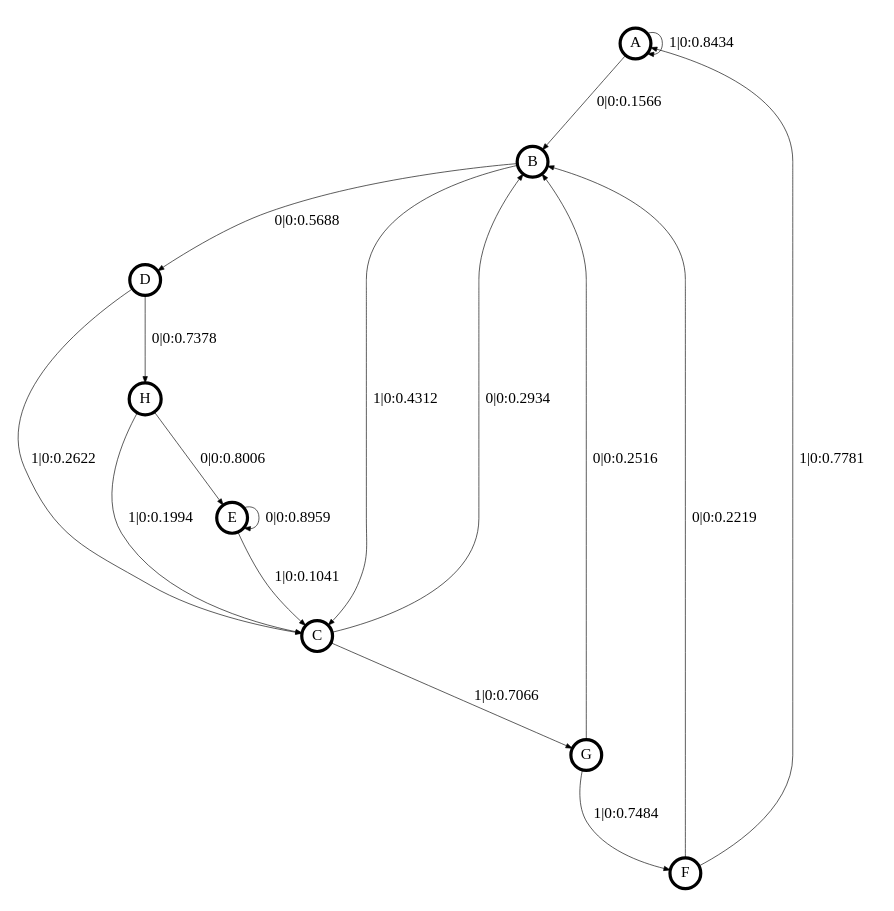
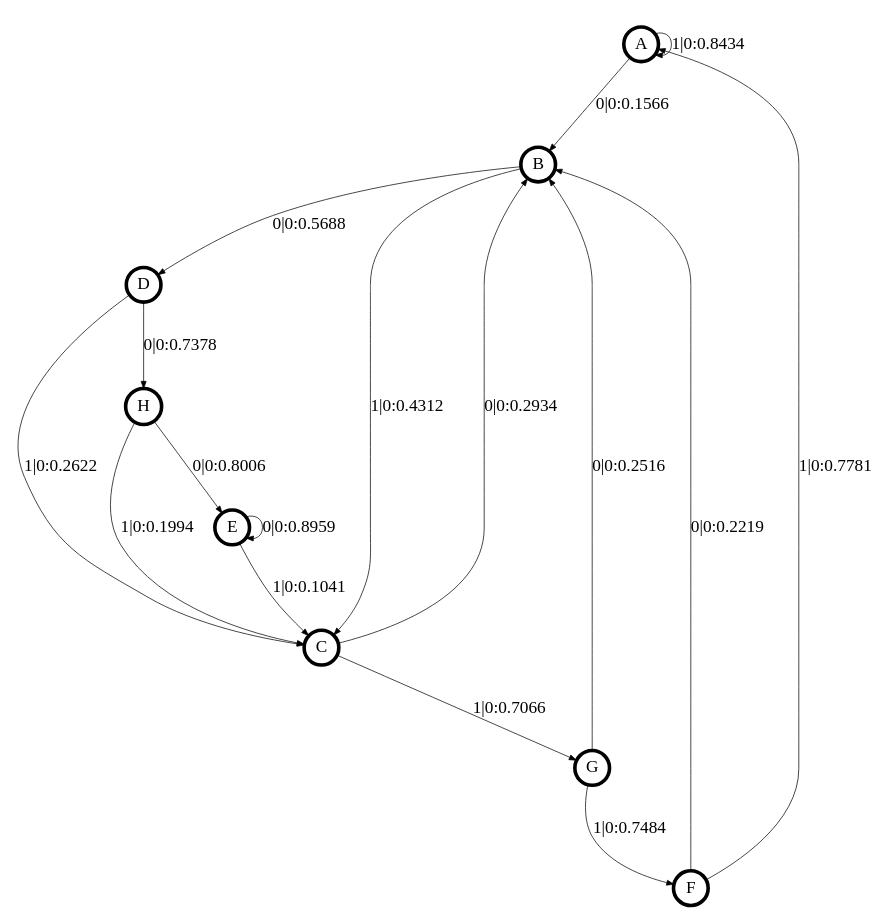
One commit to ddarmon/transCSSR changed the diagram in transCSSR_results/+renewal-process.dot. Above: the diagram before and after it, drawn with Graphviz. The commit also changed 9 other files, not shown here.

```diff
--- a/transCSSR_results/+renewal-process.dot
+++ b/transCSSR_results/+renewal-process.dot
@@ -1,28 +1,28 @@
 digraph  {
 size = "6,8.5";
 ratio = "fill";
 node
 [shape = circle];
 node [fontsize = 24];
 node [penwidth = 5];
 edge [fontsize = 24];
 node [fontname = "CMU Serif Roman"];
 graph [fontname = "CMU Serif Roman"];
 edge [fontname = "CMU Serif Roman"];
-A -> B [label = "0|0:0.1566   "];
-A -> A [label = "1|0:0.8434   "];
-B -> D [label = "0|0:0.5688   "];
-B -> C [label = "1|0:0.4312   "];
-C -> B [label = "0|0:0.2934   "];
-C -> G [label = "1|0:0.7066   "];
-D -> H [label = "0|0:0.7378   "];
-D -> C [label = "1|0:0.2622   "];
-E -> E [label = "0|0:0.8959   "];
-E -> C [label = "1|0:0.1041   "];
-F -> B [label = "0|0:0.2219   "];
-F -> A [label = "1|0:0.7781   "];
-G -> B [label = "0|0:0.2516   "];
-G -> F [label = "1|0:0.7484   "];
-H -> E [label = "0|0:0.8006   "];
-H -> C [label = "1|0:0.1994   "];
+A -> B [label = "0|0:0.1566\l"];
+A -> A [label = "1|0:0.8434\l"];
+B -> D [label = "0|0:0.5688\l"];
+B -> C [label = "1|0:0.4312\l"];
+C -> B [label = "0|0:0.2934\l"];
+C -> G [label = "1|0:0.7066\l"];
+D -> H [label = "0|0:0.7378\l"];
+D -> C [label = "1|0:0.2622\l"];
+E -> E [label = "0|0:0.8959\l"];
+E -> C [label = "1|0:0.1041\l"];
+F -> B [label = "0|0:0.2219\l"];
+F -> A [label = "1|0:0.7781\l"];
+G -> B [label = "0|0:0.2516\l"];
+G -> F [label = "1|0:0.7484\l"];
+H -> E [label = "0|0:0.8006\l"];
+H -> C [label = "1|0:0.1994\l"];
 }
```
